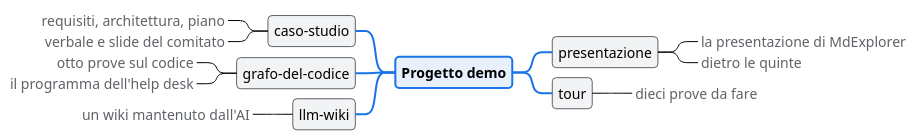
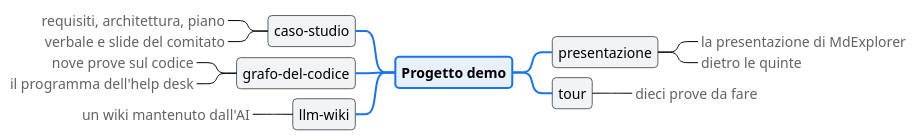
The diagram in README.md (salaroglio/mdexplorer-demo), drawn with PlantUML before and after one commit. The commit also changed other lines of this file and 26 other files, not shown here.

````diff
--- a/README.md
+++ b/README.md
@@ -70,39 +70,39 @@
 ```plantuml
 @startmindmap
 !theme plain
 <style>
 mindmapDiagram {
   node {
     BackgroundColor #F1F3F4
     LineColor #5F6368
     RoundCorner 8
     Padding 6
   }
   :depth(0) {
     BackgroundColor #E8F0FE
     LineColor #1A73E8
     LineThickness 2
     FontStyle bold
   }
   boxless {
     FontColor #5F6368
   }
 }
 </style>
 * Progetto demo
 ** presentazione
 ***_ la presentazione di MdExplorer
 ***_ dietro le quinte
 ** tour
 ***_ dieci prove da fare
 left side
 ** caso-studio
 ***_ requisiti, architettura, piano
 ***_ verbale e slide del comitato
 ** grafo-del-codice
-***_ otto prove sul codice
+***_ nove prove sul codice
 ***_ il programma dell'help desk
 ** llm-wiki
 ***_ un wiki mantenuto dall'AI
 @endmindmap
 ```
````
